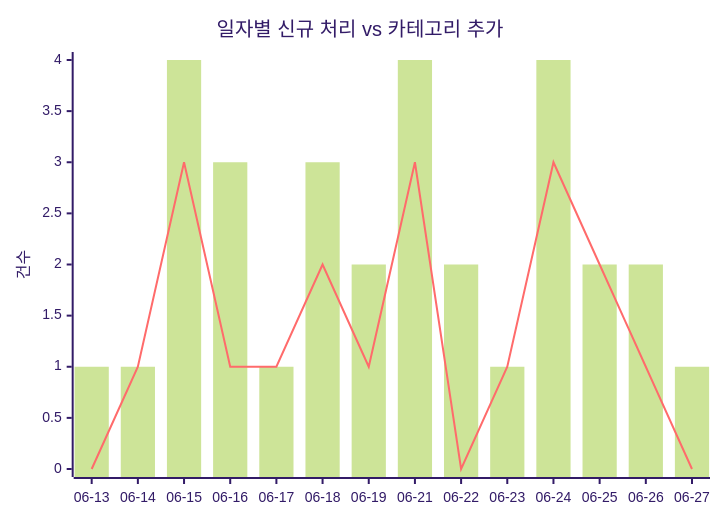
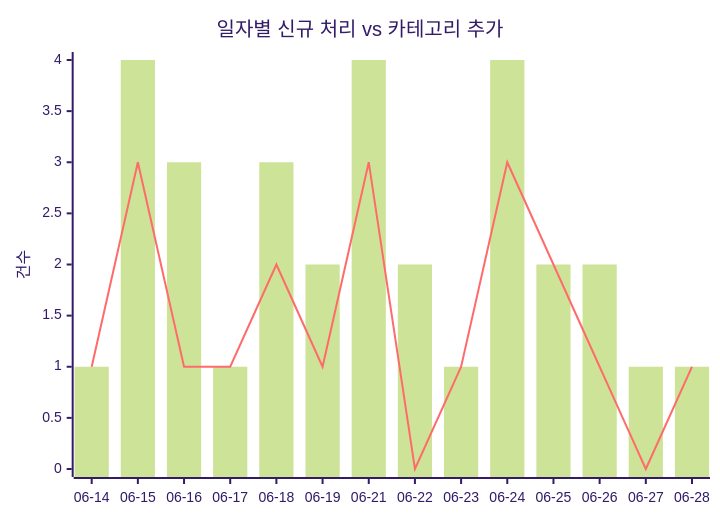
The first of 2 diagrams in docs/trends.md (J-nowcow/awesome-korean-agent-skills), drawn with Mermaid (forest theme) before and after one commit. The commit also changed other lines of this file and 4 other files, not shown here.

````diff
--- a/docs/trends.md
+++ b/docs/trends.md
@@ -32,8 +32,8 @@
 ```mermaid
 xychart-beta
     title "일자별 신규 처리 vs 카테고리 추가"
-    x-axis ["06-13","06-14","06-15","06-16","06-17","06-18","06-19","06-21","06-22","06-23","06-24","06-25","06-26","06-27"]
+    x-axis ["06-14","06-15","06-16","06-17","06-18","06-19","06-21","06-22","06-23","06-24","06-25","06-26","06-27","06-28"]
     y-axis "건수"
-    bar [1,1,4,3,1,3,2,4,2,1,4,2,2,1]
-    line [0,1,3,1,1,2,1,3,0,1,3,2,1,0]
+    bar [1,4,3,1,3,2,4,2,1,4,2,2,1,1]
+    line [1,3,1,1,2,1,3,0,1,3,2,1,0,1]
 ```
````
